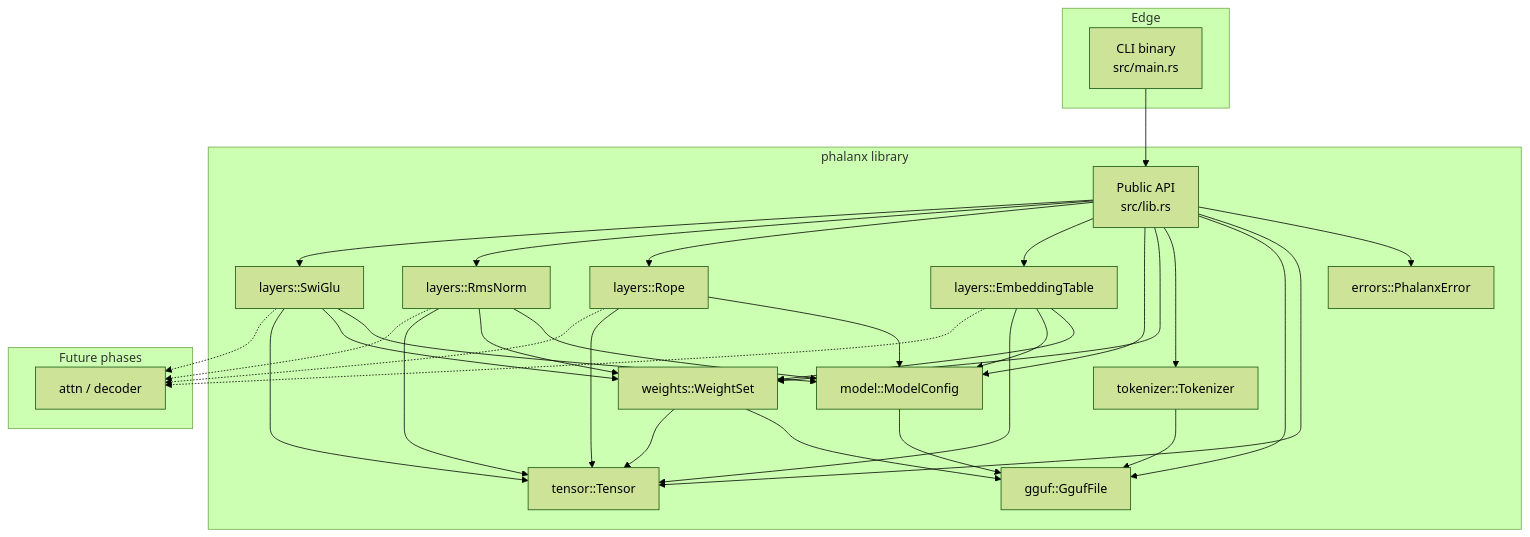
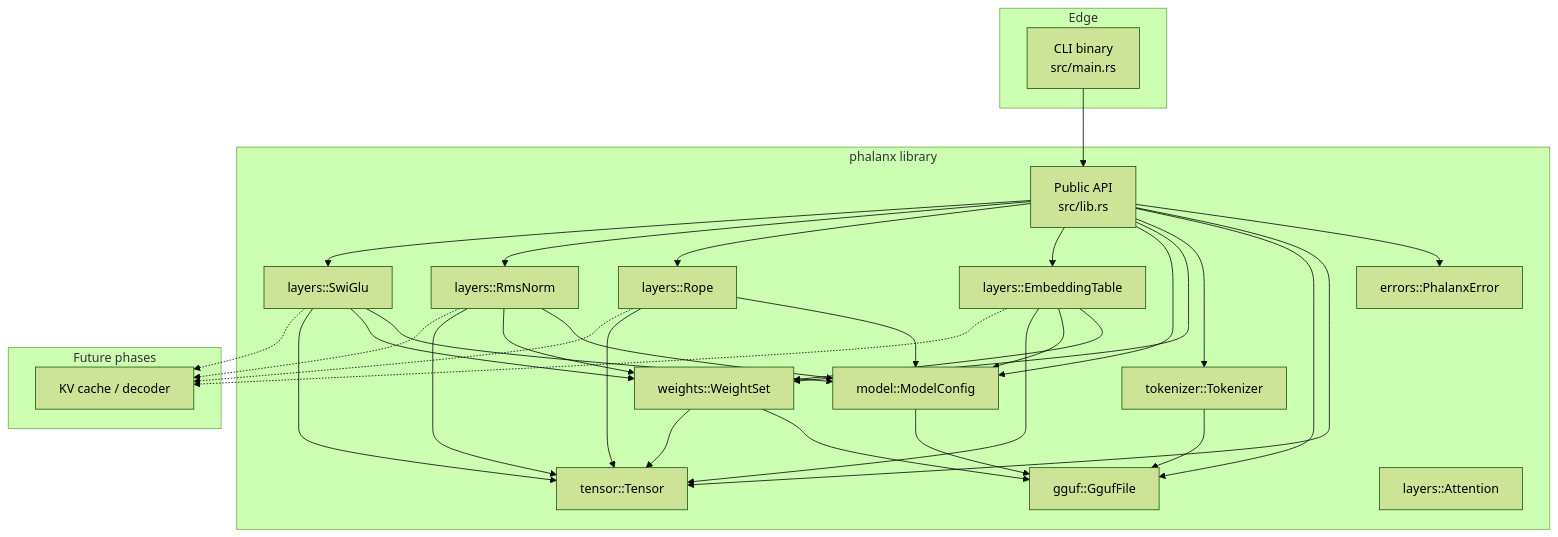
The diagram in README.md (404khai/phalanx), drawn with Mermaid (forest theme) before and after one commit. The commit also changed other lines of this file and 14 other files, not shown here.

Commit message:
feat(layers): implement causal GQA/MHA Attention with optional RoPE and Odyssey cross-validation

````diff
--- a/README.md
+++ b/README.md
@@ -58,55 +58,56 @@
 ```mermaid
 flowchart TB
     subgraph edge [Edge]
         CLI["CLI binary<br/>src/main.rs"]
     end
 
     subgraph library [phalanx library]
         API["Public API<br/>src/lib.rs"]
         Errors["errors::PhalanxError"]
         Tensor["tensor::Tensor"]
         GGUF["gguf::GgufFile"]
         Tok["tokenizer::Tokenizer"]
         Weights["weights::WeightSet"]
         Model["model::ModelConfig"]
         Emb["layers::EmbeddingTable"]
         Rope["layers::Rope"]
         Rms["layers::RmsNorm"]
         Ffn["layers::SwiGlu"]
+        Attn["layers::Attention"]
     end
 
     subgraph future [Future phases]
-        Decoder["attn / decoder"]
+        Decoder["KV cache / decoder"]
     end
 
     CLI --> API
     API --> Errors
     API --> Tensor
     API --> GGUF
     API --> Tok
     API --> Weights
     API --> Model
     API --> Emb
     API --> Rope
     API --> Rms
     API --> Ffn
     Tok --> GGUF
     Weights --> GGUF
     Model --> GGUF
     Emb --> Weights
     Emb --> Model
     Rope --> Model
     Rms --> Model
     Rms --> Weights
     Ffn --> Model
     Ffn --> Weights
     Emb --> Tensor
     Rope --> Tensor
     Rms --> Tensor
     Ffn --> Tensor
     Weights --> Tensor
     Emb -.-> Decoder
     Rope -.-> Decoder
     Rms -.-> Decoder
     Ffn -.-> Decoder
 ```
````
